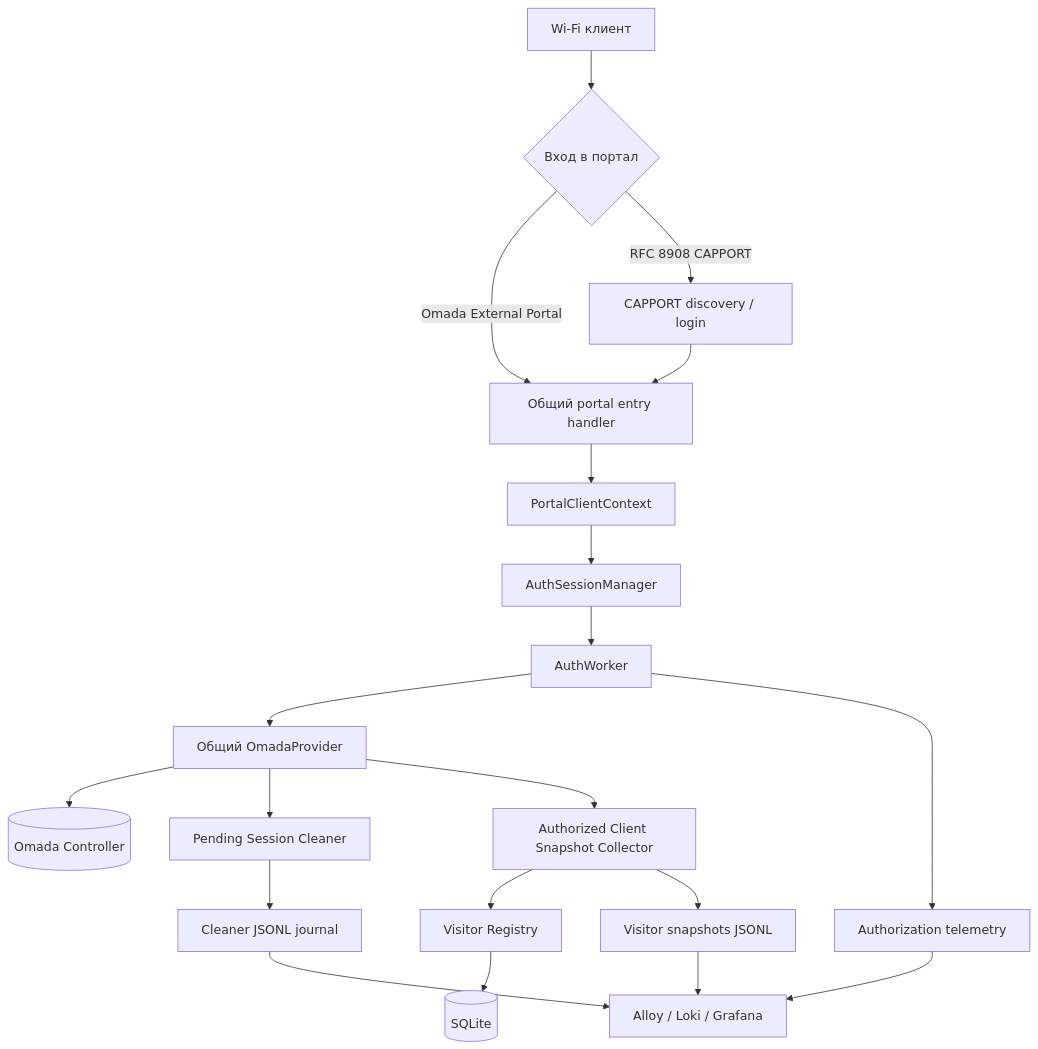
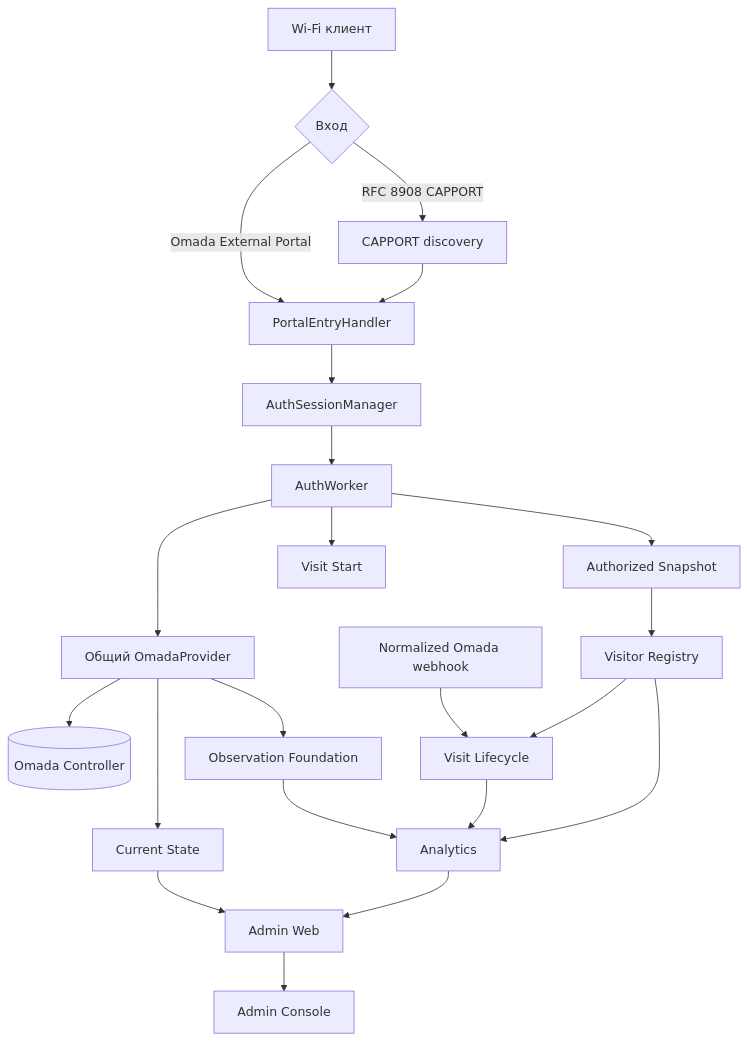
One commit to ZaurNavi/CaptivePortal changed the diagram in README_RU.md. Above: the diagram before and after it, drawn with Mermaid. The commit also changed other lines of this file and 21 other files, not shown here.

First line of the commit message:
docs: refresh CaptivPortal current-state knowledge base

````diff
--- a/README_RU.md
+++ b/README_RU.md
@@ -58,28 +14,27 @@
 ```mermaid
 flowchart TD
-    Client[Wi-Fi клиент] --> Entry{Вход в портал}
-
-    Entry -->|Omada External Portal| Portal[Общий portal entry handler]
-    Entry -->|RFC 8908 CAPPORT| Capport[CAPPORT discovery / login]
+    Client[Wi-Fi клиент] --> Entry{Вход}
+    Entry -->|Omada External Portal| Portal[PortalEntryHandler]
+    Entry -->|RFC 8908 CAPPORT| Capport[CAPPORT discovery]
     Capport --> Portal
 
-    Portal --> Context[PortalClientContext]
-    Context --> Sessions[AuthSessionManager]
+    Portal --> Sessions[AuthSessionManager]
     Sessions --> Worker[AuthWorker]
     Worker --> Provider[Общий OmadaProvider]
-    Provider --> Controller[(Omada Controller)]
+    Provider --> Omada[(Omada Controller)]
 
-    Provider --> Cleaner[Pending Session Cleaner]
-    Provider --> Snapshots[Authorized Client Snapshot Collector]
+    Worker --> Snapshot[Authorized Snapshot]
+    Worker --> VisitStart[Visit Start]
+    Snapshot --> Registry[Visitor Registry]
+    Provider --> Observation[Observation Foundation]
+    Provider --> Current[Current State]
+    Webhook[Normalized Omada webhook] --> Visit[Visit Lifecycle]
+    Registry --> Visit
 
-    Snapshots --> Registry[Visitor Registry]
-    Registry --> SQLite[(SQLite)]
-
-    Worker --> Telemetry[Authorization telemetry]
-    Cleaner --> CleanerJournal[Cleaner JSONL journal]
-    Snapshots --> SnapshotJournal[Visitor snapshots JSONL]
-
-    Telemetry --> Observability[Alloy / Loki / Grafana]
-    SnapshotJournal --> Observability
-    CleanerJournal --> Observability
+    Observation --> Analytics[Analytics]
+    Visit --> Analytics
+    Registry --> Analytics
+    Current --> Admin[Admin Web]
+    Analytics --> Admin
+    Admin --> Browser[Admin Console]
 ```
````
